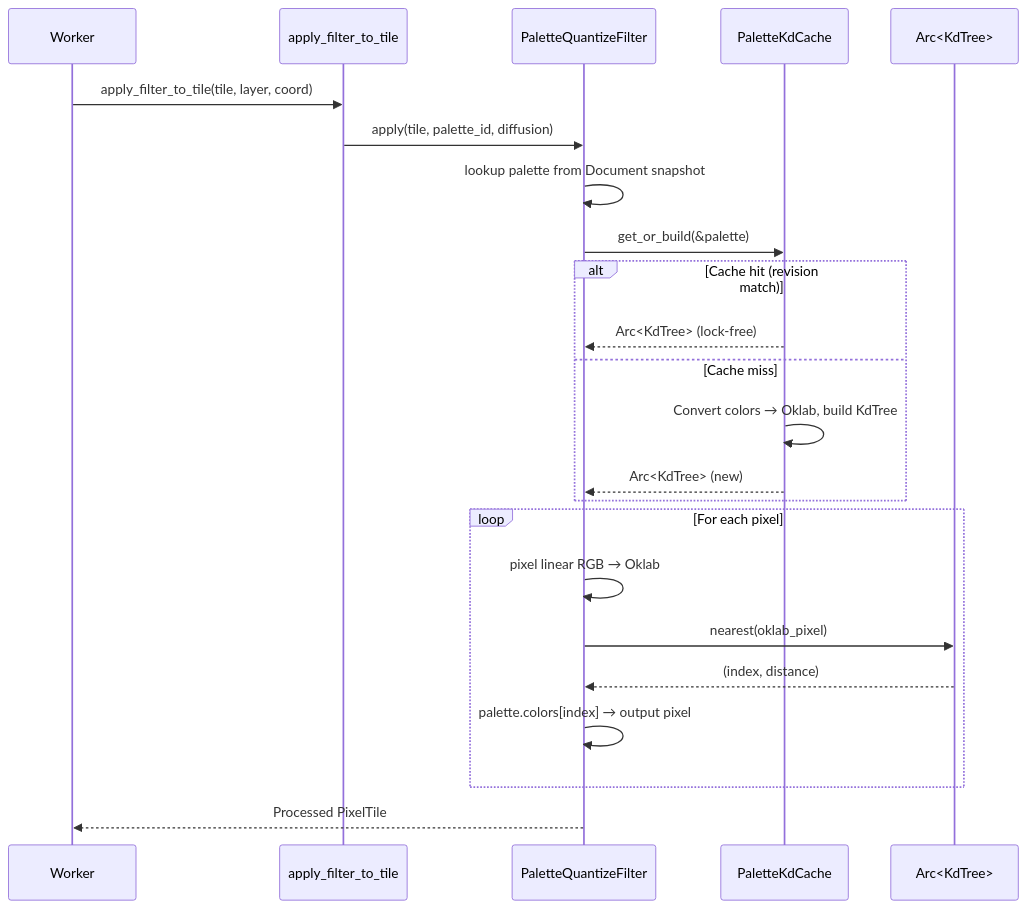
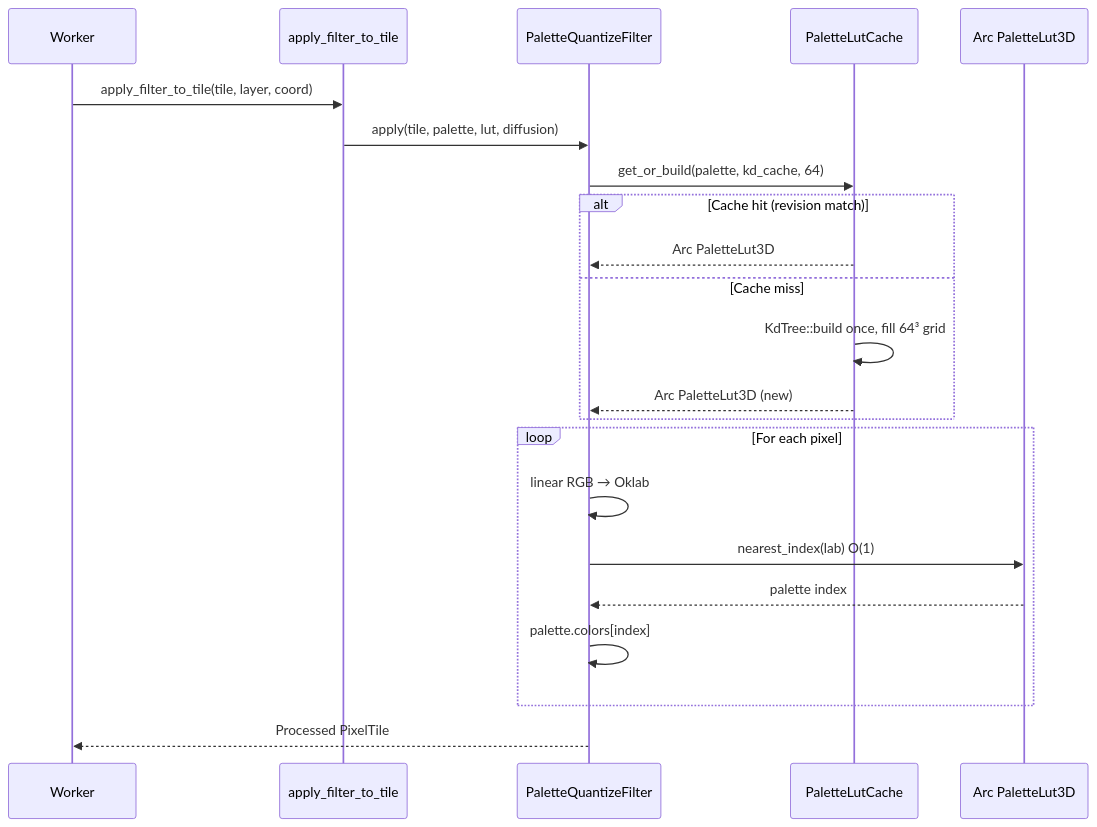
The tenth of 10 diagrams in ARCHITECTURE.md (edrdavid1/dith-yuki), drawn with Mermaid before and after one commit. The commit also changed other lines of this file and 152 other files, not shown here.

First line of the commit message:
feat: pre-release snapshot — palette Guided/Strict, preview latency, Import Layer

````diff
--- a/ARCHITECTURE.md
+++ b/ARCHITECTURE.md
@@ -1498,26 +1491,25 @@
 ```mermaid
 sequenceDiagram
     participant Worker
     participant FilterDispatch as apply_filter_to_tile
     participant PalQuantize as PaletteQuantizeFilter
-    participant PalCache as PaletteKdCache
-    participant KdTree as Arc<KdTree>
+    participant LutCache as PaletteLutCache
+    participant Lut as Arc PaletteLut3D
 
     Worker->>FilterDispatch: apply_filter_to_tile(tile, layer, coord)
-    FilterDispatch->>PalQuantize: apply(tile, palette_id, diffusion)
-    PalQuantize->>PalQuantize: lookup palette from Document snapshot
-    PalQuantize->>PalCache: get_or_build(&palette)
+    FilterDispatch->>PalQuantize: apply(tile, palette, lut, diffusion)
+    PalQuantize->>LutCache: get_or_build(palette, kd_cache, 64)
     alt Cache hit (revision match)
-        PalCache-->>PalQuantize: Arc<KdTree> (lock-free)
+        LutCache-->>PalQuantize: Arc PaletteLut3D
     else Cache miss
-        PalCache->>PalCache: Convert colors → Oklab, build KdTree
-        PalCache-->>PalQuantize: Arc<KdTree> (new)
+        LutCache->>LutCache: KdTree::build once, fill 64³ grid
+        LutCache-->>PalQuantize: Arc PaletteLut3D (new)
     end
     loop For each pixel
-        PalQuantize->>PalQuantize: pixel linear RGB → Oklab
-        PalQuantize->>KdTree: nearest(oklab_pixel)
-        KdTree-->>PalQuantize: (index, distance)
-        PalQuantize->>PalQuantize: palette.colors[index] → output pixel
+        PalQuantize->>PalQuantize: linear RGB → Oklab
+        PalQuantize->>Lut: nearest_index(lab) O(1)
+        Lut-->>PalQuantize: palette index
+        PalQuantize->>PalQuantize: palette.colors[index]
     end
     PalQuantize-->>Worker: Processed PixelTile
 ```
````
